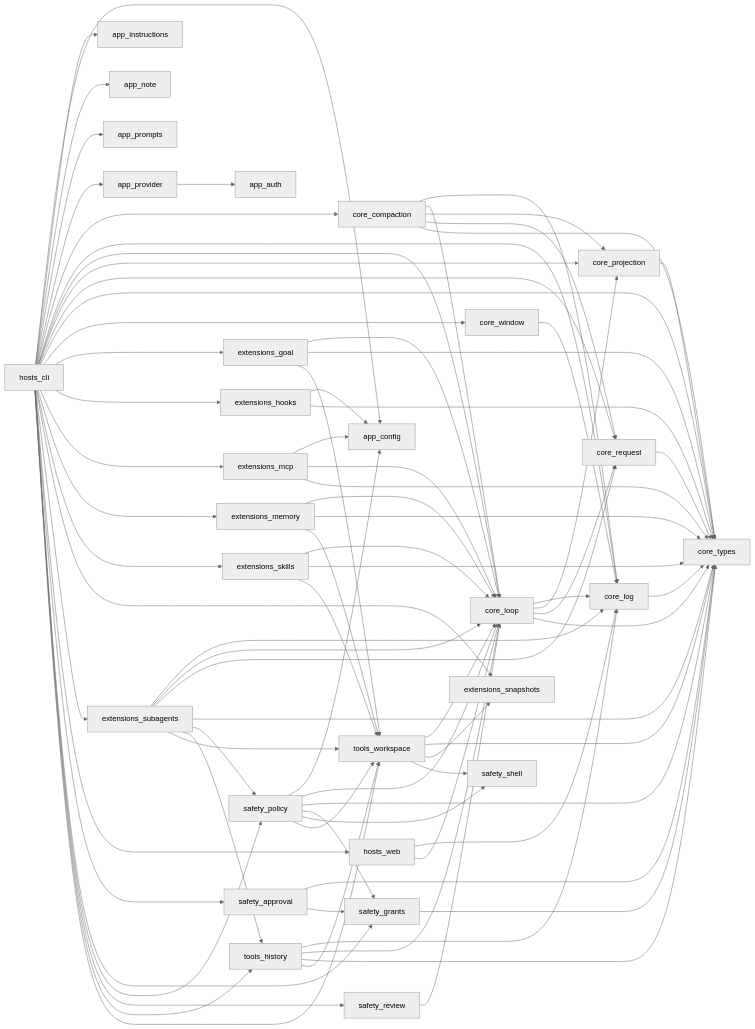
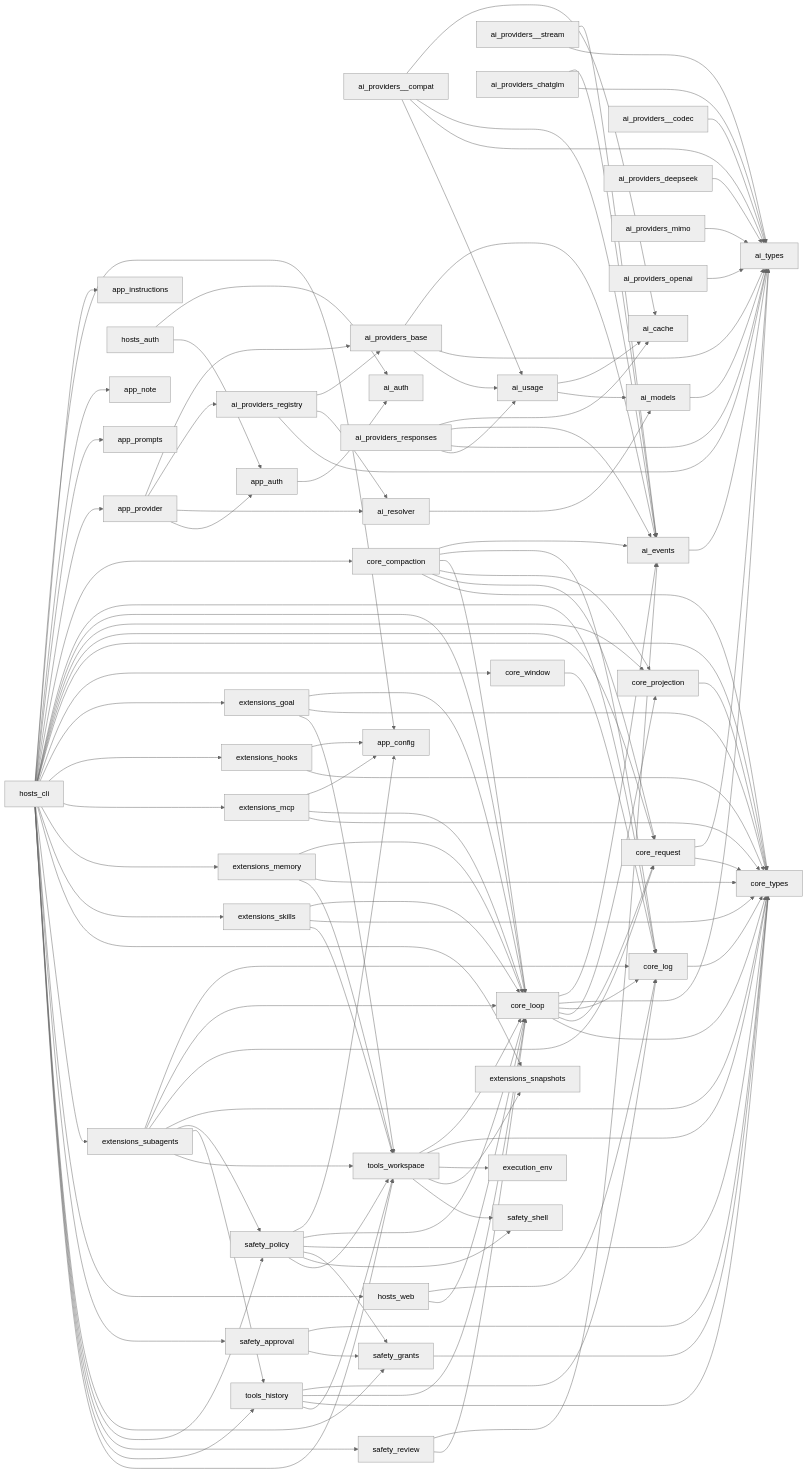
Before and after one commit to reddishJade/CadeMini: the diagram in docs/cade-mini/design/module-graph.md, drawn with Mermaid (neutral theme). The commit also changed other lines of this file and 498 other files, not shown here.

````diff
--- a/docs/cade-mini/design/module-graph.md
+++ b/docs/cade-mini/design/module-graph.md
@@ -7,17 +7,52 @@
 ```mermaid
 flowchart LR
+  ai_events --> ai_types
+  ai_models --> ai_types
+  ai_providers__codec --> ai_types
+  ai_providers__compat --> ai_cache
+  ai_providers__compat --> ai_events
+  ai_providers__compat --> ai_types
+  ai_providers__compat --> ai_usage
+  ai_providers__stream --> ai_events
+  ai_providers__stream --> ai_types
+  ai_providers_base --> ai_events
+  ai_providers_base --> ai_types
+  ai_providers_base --> ai_usage
+  ai_providers_chatglm --> ai_events
+  ai_providers_chatglm --> ai_types
+  ai_providers_deepseek --> ai_types
+  ai_providers_mimo --> ai_types
+  ai_providers_openai --> ai_types
+  ai_providers_registry --> ai_providers_base
+  ai_providers_registry --> ai_resolver
+  ai_providers_registry --> ai_types
+  ai_providers_responses --> ai_cache
+  ai_providers_responses --> ai_events
+  ai_providers_responses --> ai_types
+  ai_providers_responses --> ai_usage
+  ai_resolver --> ai_models
+  ai_usage --> ai_cache
+  ai_usage --> ai_models
+  app_auth --> ai_auth
+  app_provider --> ai_providers_base
+  app_provider --> ai_providers_registry
+  app_provider --> ai_resolver
   app_provider --> app_auth
+  core_compaction --> ai_events
   core_compaction --> core_log
   core_compaction --> core_loop
   core_compaction --> core_projection
   core_compaction --> core_request
   core_compaction --> core_types
   core_log --> core_types
+  core_loop --> ai_events
+  core_loop --> ai_types
   core_loop --> core_log
   core_loop --> core_projection
   core_loop --> core_request
   core_loop --> core_types
   core_projection --> core_types
+  core_request --> ai_types
   core_request --> core_types
   core_window --> core_log
   extensions_goal --> core_loop
@@ -41,6 +76,8 @@
   extensions_subagents --> safety_policy
   extensions_subagents --> tools_history
   extensions_subagents --> tools_workspace
+  hosts_auth --> ai_auth
+  hosts_auth --> app_auth
   hosts_cli --> app_config
   hosts_cli --> app_instructions
   hosts_cli --> app_note
@@ -78,6 +115,7 @@
   safety_policy --> safety_grants
   safety_policy --> safety_shell
   safety_policy --> tools_workspace
+  safety_review --> ai_events
   safety_review --> core_loop
   tools_history --> core_log
   tools_history --> core_loop
@@ -85,6 +123,7 @@
   tools_history --> tools_workspace
   tools_workspace --> core_loop
   tools_workspace --> core_types
+  tools_workspace --> execution_env
   tools_workspace --> extensions_snapshots
   tools_workspace --> safety_shell
 ```
````
